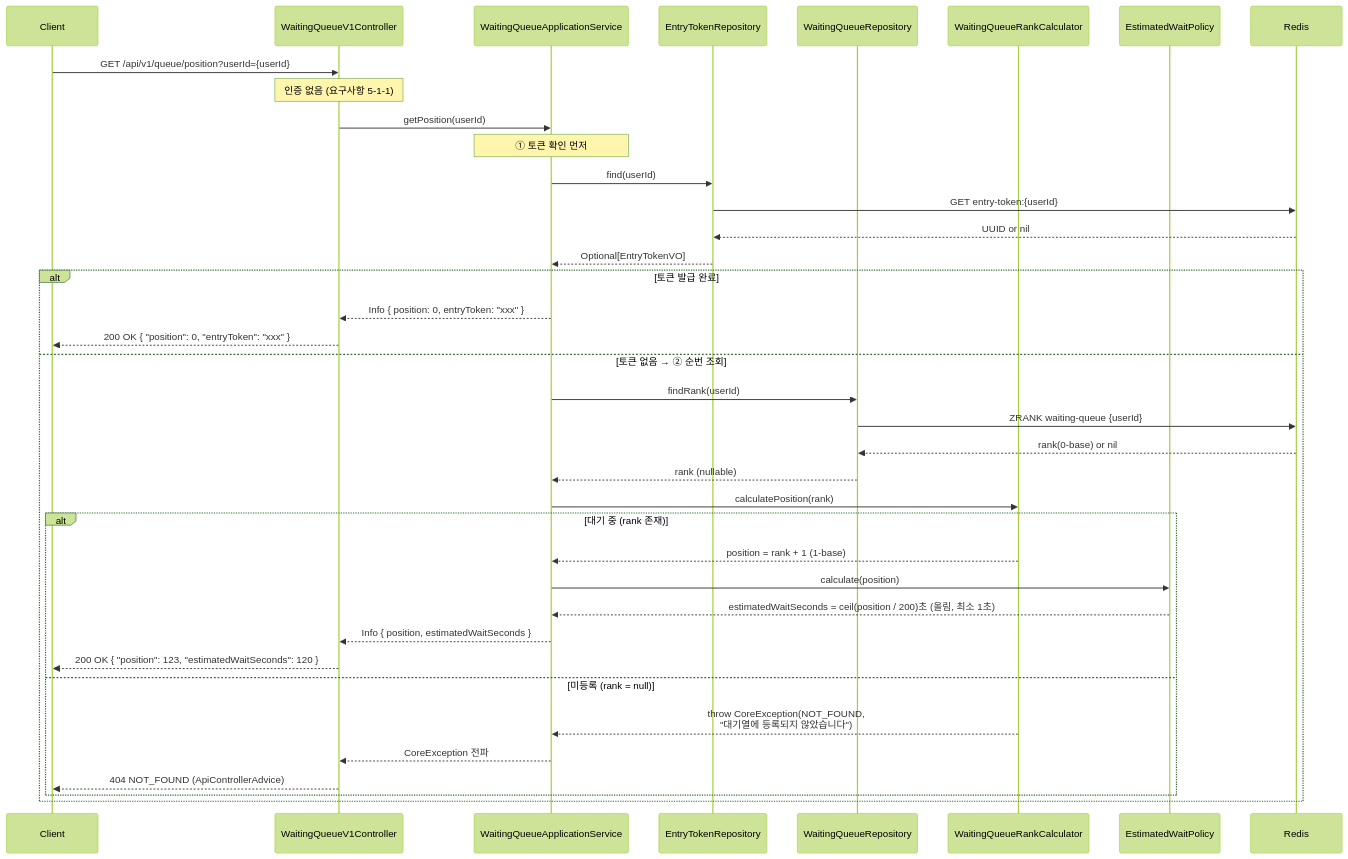
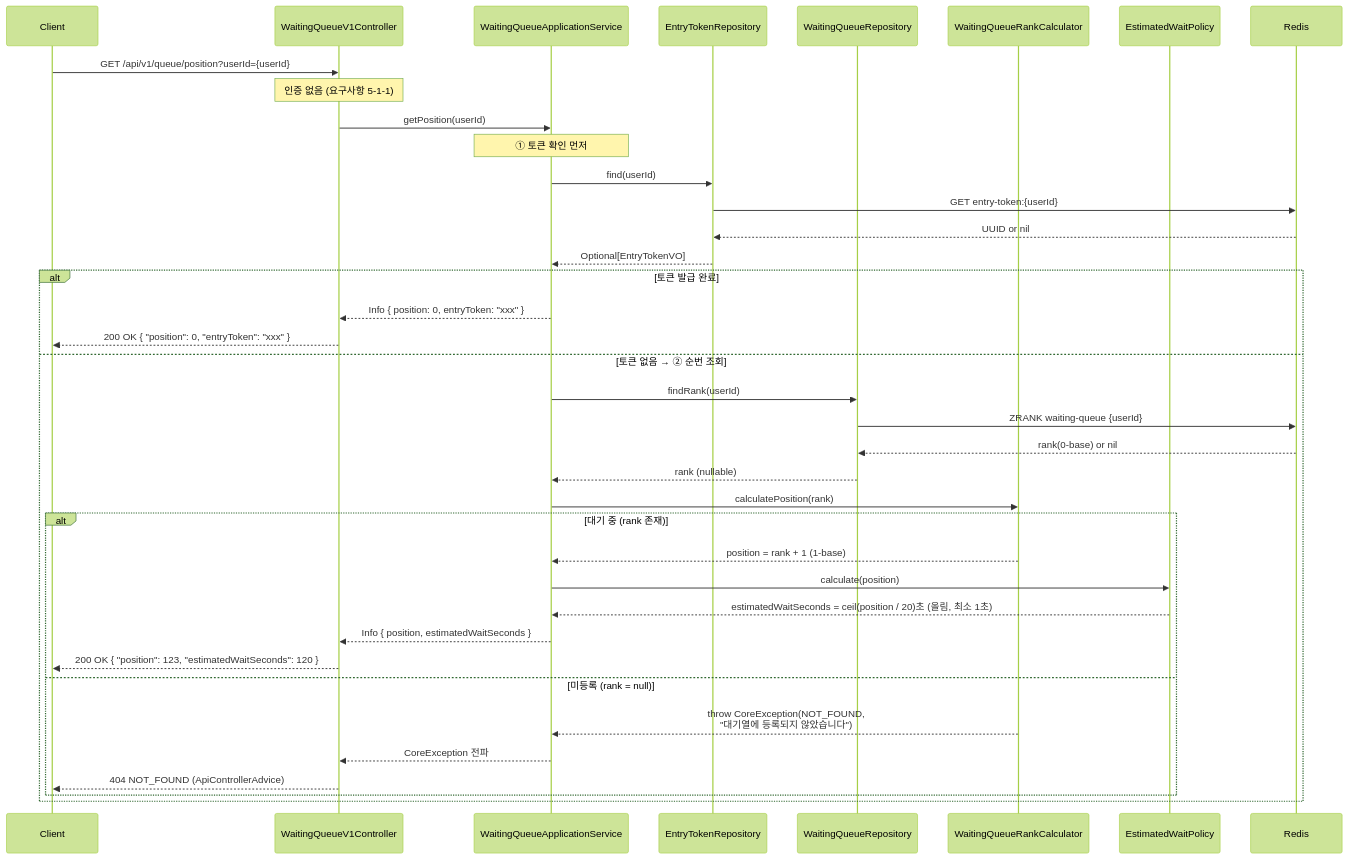
Before and after one commit to Hangju0610/loop-pack-be-l2-vol4-java: the second of 6 diagrams in docs/domain/waiting-queue/02-diagrams.md, drawn with Mermaid (forest theme). The commit also changed other lines of this file and 3 other files, not shown here.

````diff
--- a/docs/domain/waiting-queue/02-diagrams.md
+++ b/docs/domain/waiting-queue/02-diagrams.md
@@ -53,45 +53,45 @@
 ```mermaid
 sequenceDiagram
     participant C as Client
     participant CTL as WaitingQueueV1Controller
     participant SVC as WaitingQueueApplicationService
     participant ETR as EntryTokenRepository
     participant WQR as WaitingQueueRepository
     participant RC as WaitingQueueRankCalculator
     participant EWP as EstimatedWaitPolicy
     participant R as Redis
 
     C->>CTL: GET /api/v1/queue/position?userId={userId}
     Note over CTL: 인증 없음 (요구사항 5-1-1)
     CTL->>SVC: getPosition(userId)
 
     Note over SVC: ① 토큰 확인 먼저
     SVC->>ETR: find(userId)
     ETR->>R: GET entry-token:{userId}
     R-->>ETR: UUID or nil
     ETR-->>SVC: Optional[EntryTokenVO]
 
     alt 토큰 발급 완료
         SVC-->>CTL: Info { position: 0, entryToken: "xxx" }
         CTL-->>C: 200 OK { "position": 0, "entryToken": "xxx" }
     else 토큰 없음 → ② 순번 조회
         SVC->>WQR: findRank(userId)
         WQR->>R: ZRANK waiting-queue {userId}
         R-->>WQR: rank(0-base) or nil
         WQR-->>SVC: rank (nullable)
 
         SVC->>RC: calculatePosition(rank)
 
         alt 대기 중 (rank 존재)
             RC-->>SVC: position = rank + 1 (1-base)
             SVC->>EWP: calculate(position)
-            EWP-->>SVC: estimatedWaitSeconds = ceil(position / 200)초 (올림, 최소 1초)
+            EWP-->>SVC: estimatedWaitSeconds = ceil(position / 20)초 (올림, 최소 1초)
             SVC-->>CTL: Info { position, estimatedWaitSeconds }
             CTL-->>C: 200 OK { "position": 123, "estimatedWaitSeconds": 120 }
         else 미등록 (rank = null)
             RC-->>SVC: throw CoreException(NOT_FOUND,<br/>"대기열에 등록되지 않았습니다")
             SVC-->>CTL: CoreException 전파
             CTL-->>C: 404 NOT_FOUND (ApiControllerAdvice)
         end
     end
 ```
````
